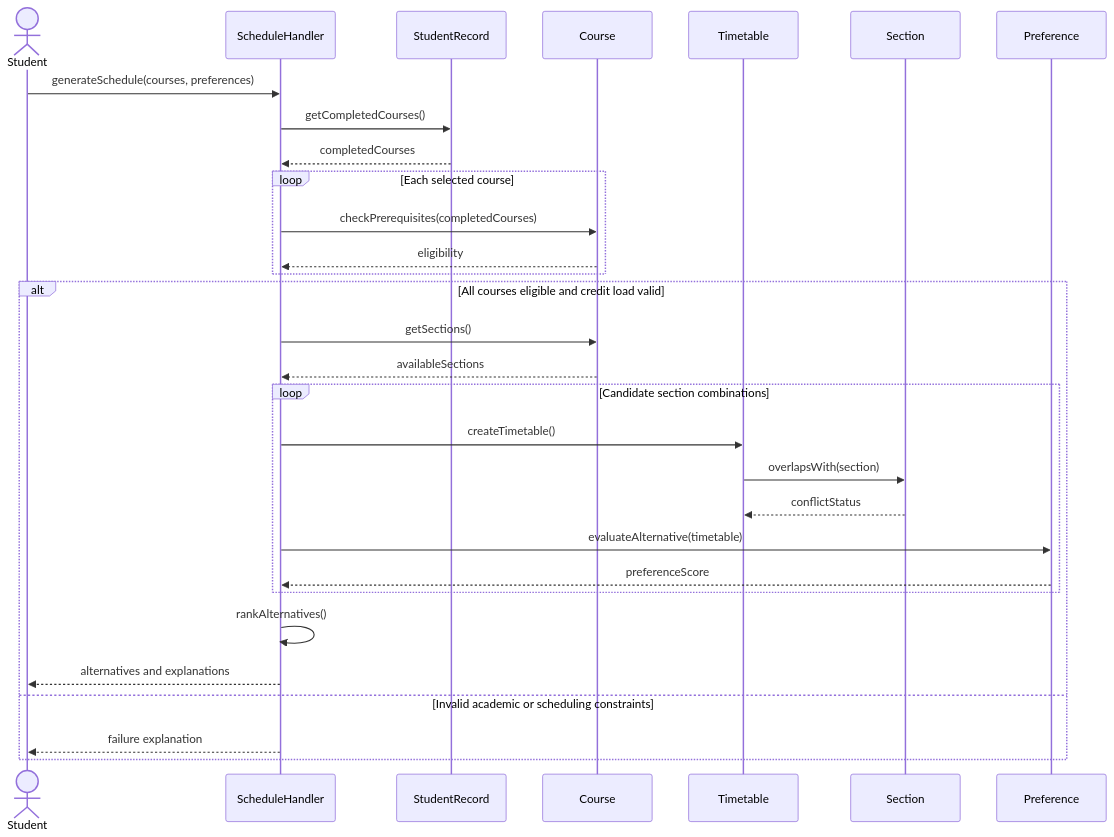
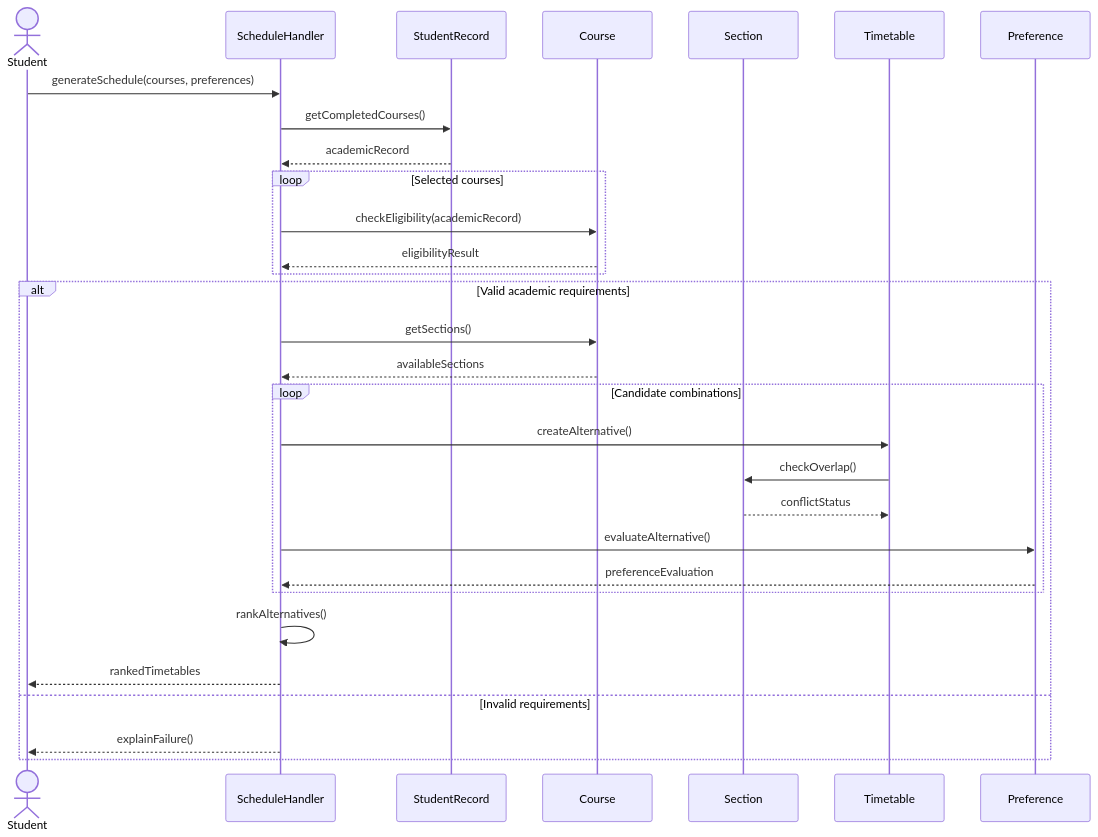
One commit to chadiwala/Jadwalak-Academic-Planning-System changed the third of 4 diagrams in README.md. Above: the diagram before and after it, drawn with Mermaid. The commit also changed other lines of this file, not shown here.

````diff
--- a/README.md
+++ b/README.md
@@ -461,37 +647,37 @@
 ```mermaid
 sequenceDiagram
     actor Student
     participant H as ScheduleHandler
     participant R as StudentRecord
     participant C as Course
+    participant S as Section
     participant T as Timetable
-    participant S as Section
     participant P as Preference
 
     Student->>H: generateSchedule(courses, preferences)
     H->>R: getCompletedCourses()
-    R-->>H: completedCourses
+    R-->>H: academicRecord
 
-    loop Each selected course
-        H->>C: checkPrerequisites(completedCourses)
-        C-->>H: eligibility
+    loop Selected courses
+        H->>C: checkEligibility(academicRecord)
+        C-->>H: eligibilityResult
     end
 
-    alt All courses eligible and credit load valid
+    alt Valid academic requirements
         H->>C: getSections()
         C-->>H: availableSections
 
-        loop Candidate section combinations
-            H->>T: createTimetable()
-            T->>S: overlapsWith(section)
+        loop Candidate combinations
+            H->>T: createAlternative()
+            T->>S: checkOverlap()
             S-->>T: conflictStatus
-            H->>P: evaluateAlternative(timetable)
-            P-->>H: preferenceScore
+            H->>P: evaluateAlternative()
+            P-->>H: preferenceEvaluation
         end
 
         H->>H: rankAlternatives()
-        H-->>Student: alternatives and explanations
-    else Invalid academic or scheduling constraints
-        H-->>Student: failure explanation
+        H-->>Student: rankedTimetables
+    else Invalid requirements
+        H-->>Student: explainFailure()
     end
 ```
````
